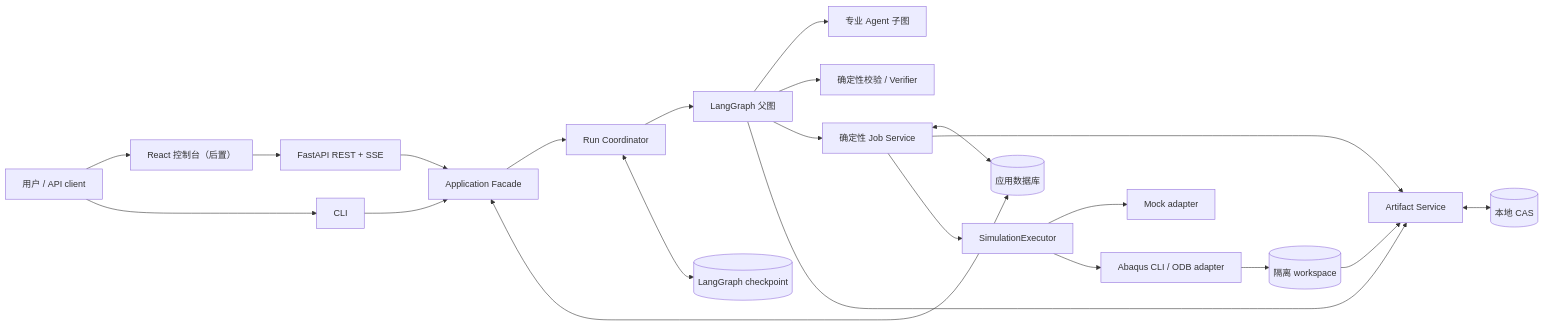
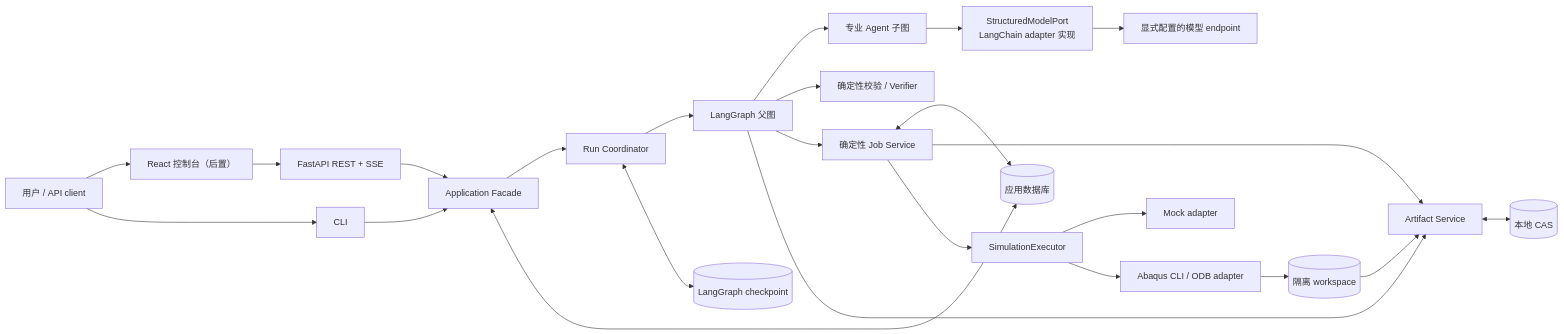
The diagram in docs/architecture/system-framework.md (Misty02600/abaqus-sim-agent), drawn with Mermaid before and after one commit. The commit also changed other lines of this file and 15 other files, not shown here.

````diff
--- a/docs/architecture/system-framework.md
+++ b/docs/architecture/system-framework.md
@@ -18,27 +19,29 @@
 ```mermaid
 flowchart LR
     User["用户 / API client"] --> UI["React 控制台（后置）"]
     User --> CLI["CLI"]
     UI --> API["FastAPI REST + SSE"]
     CLI --> App["Application Facade"]
     API --> App
 
     App --> Coordinator["Run Coordinator"]
     Coordinator --> Graph["LangGraph 父图"]
     Graph --> Subgraphs["专业 Agent 子图"]
+    Subgraphs --> ModelAccess["StructuredModelPort<br/>LangChain adapter 实现"]
+    ModelAccess --> ModelEndpoint["显式配置的模型 endpoint"]
     Graph --> Validators["确定性校验 / Verifier"]
     Graph --> JobService["确定性 Job Service"]
 
     Coordinator <--> Checkpoint[("LangGraph checkpoint")]
     App <--> AppDB[("应用数据库")]
     JobService <--> AppDB
     Graph --> Artifact["Artifact Service"]
     JobService --> Artifact
     Artifact <--> CAS[("本地 CAS")]
 
     JobService --> Executor["SimulationExecutor"]
     Executor --> Mock["Mock adapter"]
     Executor --> Abaqus["Abaqus CLI / ODB adapter"]
     Abaqus --> Workspace[("隔离 workspace")]
     Workspace --> Artifact
 ```
````
